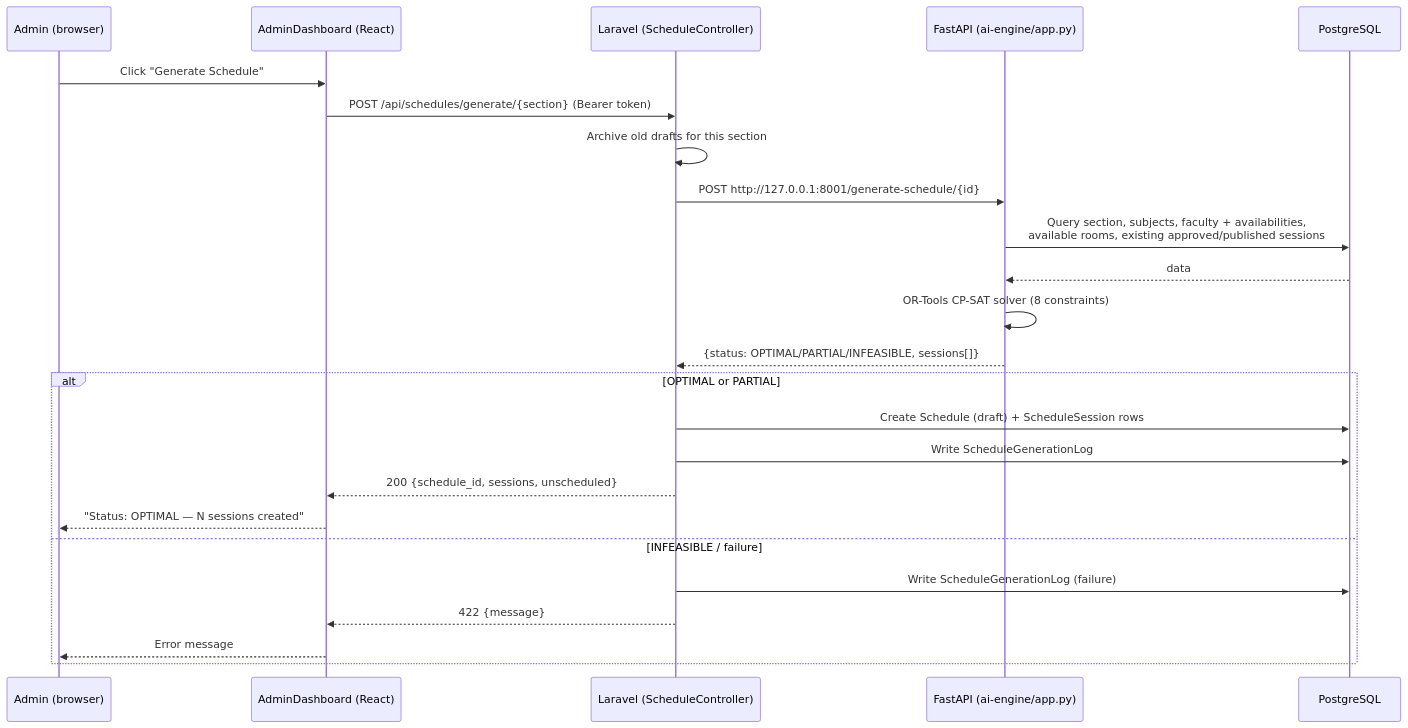
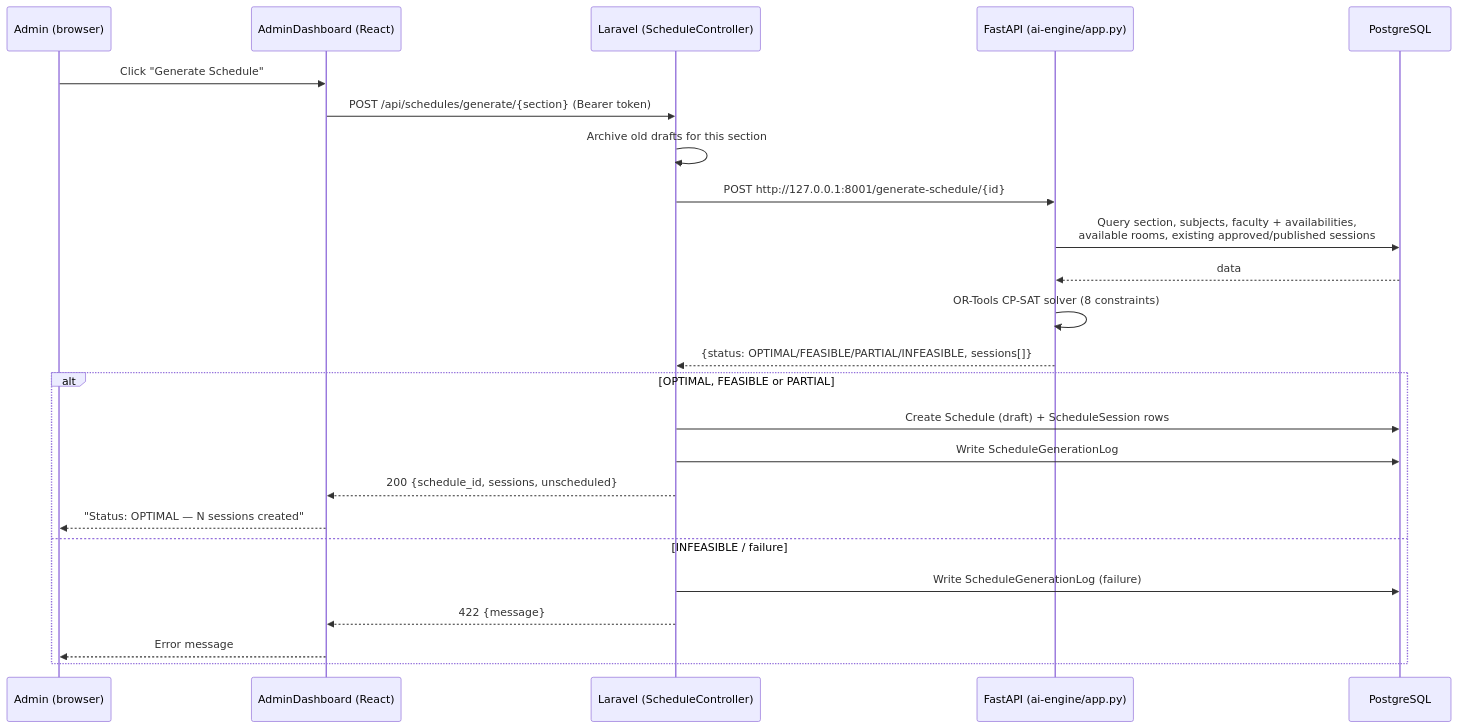
One commit to KiroOoo-arch/IT-faculty-scheduling-system changed the second of 6 diagrams in documentation/System-Architecture.md. Above: the diagram before and after it, drawn with Mermaid. The commit also changed other lines of this file and 17 other files, not shown here.

````diff
--- a/documentation/System-Architecture.md
+++ b/documentation/System-Architecture.md
@@ -54,27 +54,27 @@
 ```mermaid
 sequenceDiagram
     participant U as Admin (browser)
     participant F as AdminDashboard (React)
     participant L as Laravel (ScheduleController)
     participant A as FastAPI (ai-engine/app.py)
     participant DB as PostgreSQL
 
     U->>F: Click "Generate Schedule"
     F->>L: POST /api/schedules/generate/{section} (Bearer token)
     L->>L: Archive old drafts for this section
     L->>A: POST http://127.0.0.1:8001/generate-schedule/{id}
     A->>DB: Query section, subjects, faculty + availabilities,<br/>available rooms, existing approved/published sessions
     DB-->>A: data
     A->>A: OR-Tools CP-SAT solver (8 constraints)
-    A-->>L: {status: OPTIMAL/PARTIAL/INFEASIBLE, sessions[]}
-    alt OPTIMAL or PARTIAL
+    A-->>L: {status: OPTIMAL/FEASIBLE/PARTIAL/INFEASIBLE, sessions[]}
+    alt OPTIMAL, FEASIBLE or PARTIAL
         L->>DB: Create Schedule (draft) + ScheduleSession rows
         L->>DB: Write ScheduleGenerationLog
         L-->>F: 200 {schedule_id, sessions, unscheduled}
         F-->>U: "Status: OPTIMAL — N sessions created"
     else INFEASIBLE / failure
         L->>DB: Write ScheduleGenerationLog (failure)
         L-->>F: 422 {message}
         F-->>U: Error message
     end
 ```
````
